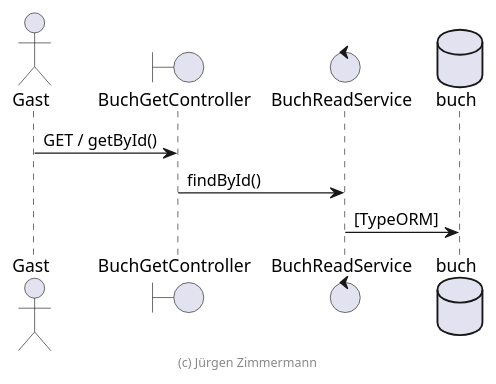
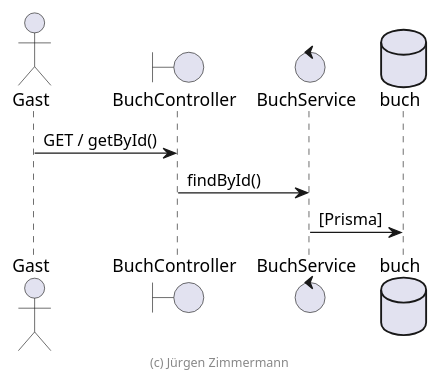
The diagram in .extras/doc/projekthandbuch/sequenzdiagramm.plantuml (juergenzimmermann/buch), drawn with PlantUML before and after one commit. The commit also changed 18 other files, not shown here.

Commit message:
PlantUML mit Prisma; Prettier

```diff
--- a/.extras/doc/projekthandbuch/sequenzdiagramm.plantuml
+++ b/.extras/doc/projekthandbuch/sequenzdiagramm.plantuml
@@ -18,15 +18,15 @@
 @startuml Sequenzdiagramm
 
 actor Gast
 
-boundary BuchGetController
-control BuchReadService
+boundary BuchController
+control BuchService
 database buch
 
-Gast -> BuchGetController : GET / getById()
-BuchGetController -> BuchReadService: findById()
-BuchReadService -> buch: [TypeORM]
+Gast -> BuchController : GET / getById()
+BuchController -> BuchService: findById()
+BuchService -> buch: [Prisma]
 
 footer (c) Jürgen Zimmermann
 
 @enduml
```
